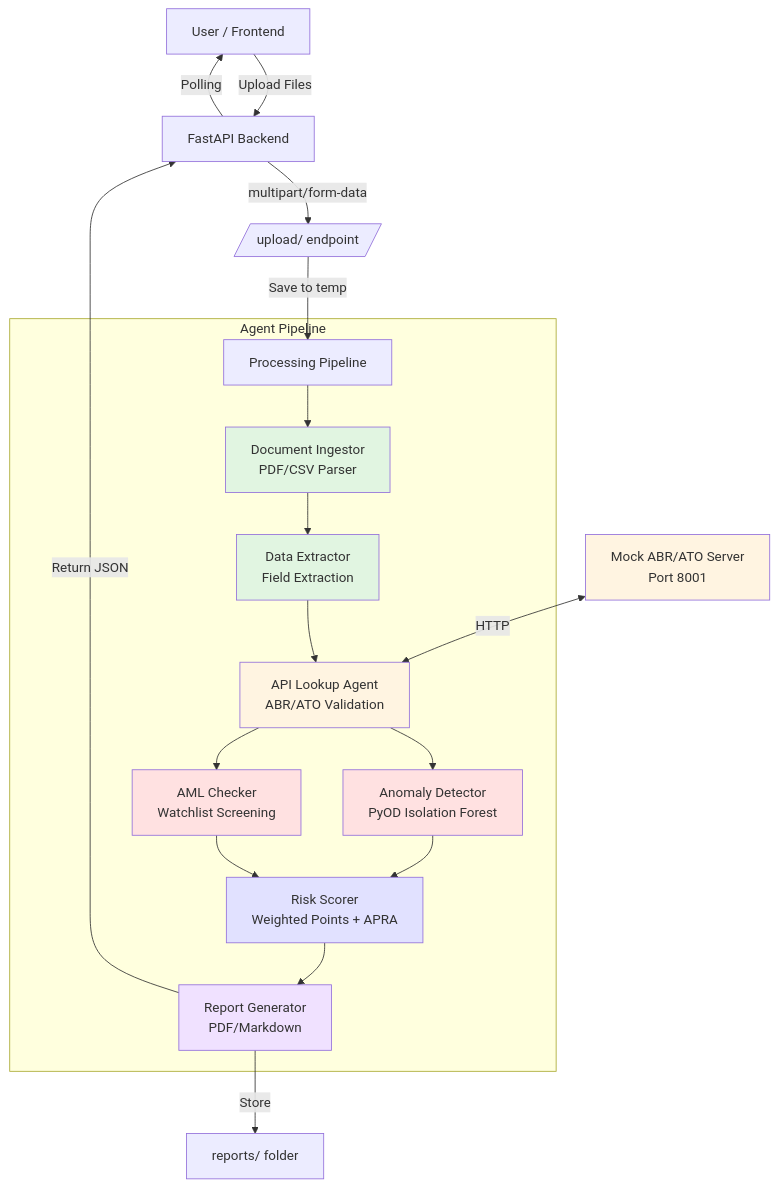
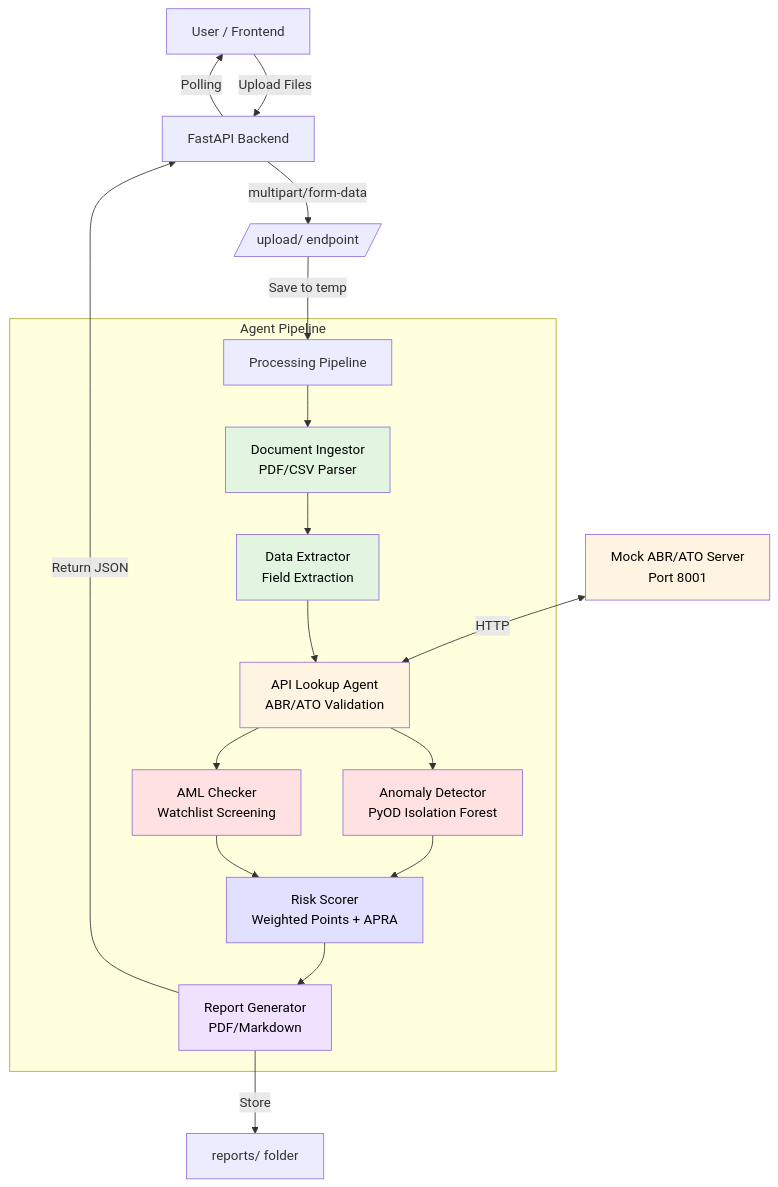
Before and after one commit to Etherist/ai-fraud-detection-agent: the first of 2 diagrams in README.md, drawn with Mermaid.

Commit message:
Better contrast on Mermaid Diag in README.md

````diff
--- a/README.md
+++ b/README.md
@@ -79,33 +79,33 @@
 ```mermaid
 graph TD
     User[User / Frontend] --> |Upload Files| API[FastAPI Backend]
     API --> |multipart/form-data| Upload[/upload/ endpoint/]
     
     Upload --> |Save to temp| Pipeline[Processing Pipeline]
     
     subgraph "Agent Pipeline"
         Pipeline --> A[Document Ingestor<br/>PDF/CSV Parser]
         A --> B[Data Extractor<br/>Field Extraction]
         B --> C[API Lookup Agent<br/>ABR/ATO Validation]
         C --> D[Anomaly Detector<br/>PyOD Isolation Forest]
         C --> E[AML Checker<br/>Watchlist Screening]
         D --> F[Risk Scorer<br/>Weighted Points + APRA]
         E --> F
         F --> G[Report Generator<br/>PDF/Markdown]
     end
     
     G --> |Store| Reports[reports/ folder]
     G --> |Return JSON| API
     API --> |Polling| User
     
     MockServer[Mock ABR/ATO Server<br/>Port 8001] <--> |HTTP| C
     
-    style A fill:#e1f5e1
-    style B fill:#e1f5e1
-    style C fill:#fff4e1
-    style D fill:#ffe1e1
-    style E fill:#ffe1e1
-    style F fill:#e1e1ff
-    style G fill:#f0e1ff
-    style MockServer fill:#fff4e1
+    style A fill:#e1f5e1,color:#000
+    style B fill:#e1f5e1,color:#000
+    style C fill:#fff4e1,color:#000
+    style D fill:#ffe1e1,color:#000
+    style E fill:#ffe1e1,color:#000
+    style F fill:#e1e1ff,color:#000
+    style G fill:#f0e1ff,color:#000
+    style MockServer fill:#fff4e1,color:#000
 ```
````
